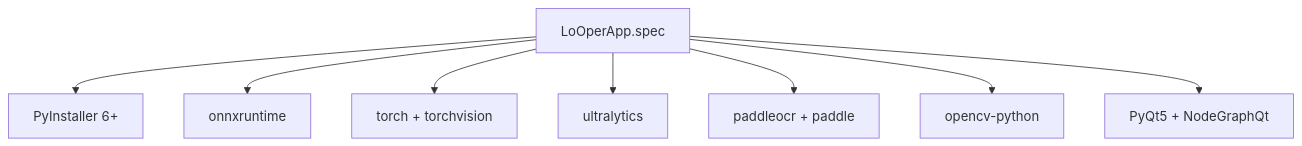
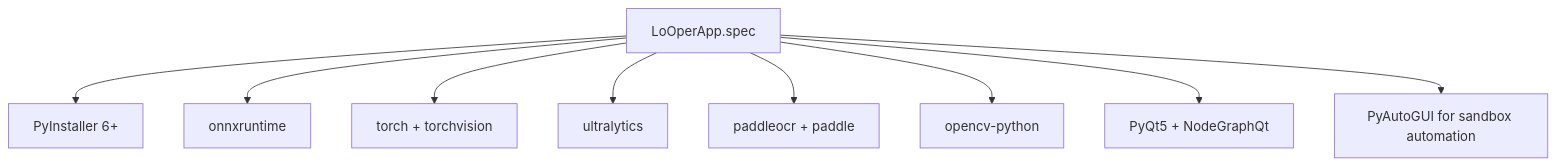
One commit to RodrigoBenitez343/Arrow changed diagram 12 of 12 in .qoder/repowiki/en/content/Packaging and Distribution/PyInstaller Configuration.md. Above: the diagram before and after it, drawn with Mermaid. The commit also changed other lines of this file and 53 other files, not shown here.

````diff
--- a/.qoder/repowiki/en/content/Packaging and Distribution/PyInstaller Configuration.md
+++ b/.qoder/repowiki/en/content/Packaging and Distribution/PyInstaller Configuration.md
@@ -329,10 +401,11 @@
 ```mermaid
 graph TB
 Spec["LoOperApp.spec"] --> PyInstaller["PyInstaller 6+"]
 Spec --> ONNX["onnxruntime"]
 Spec --> Torch["torch + torchvision"]
 Spec --> UTY["ultralytics"]
 Spec --> Paddle["paddleocr + paddle"]
 Spec --> CV["opencv-python"]
 Spec --> Qt["PyQt5 + NodeGraphQt"]
+Spec --> Sandbox["PyAutoGUI for sandbox automation"]
 ```
````
